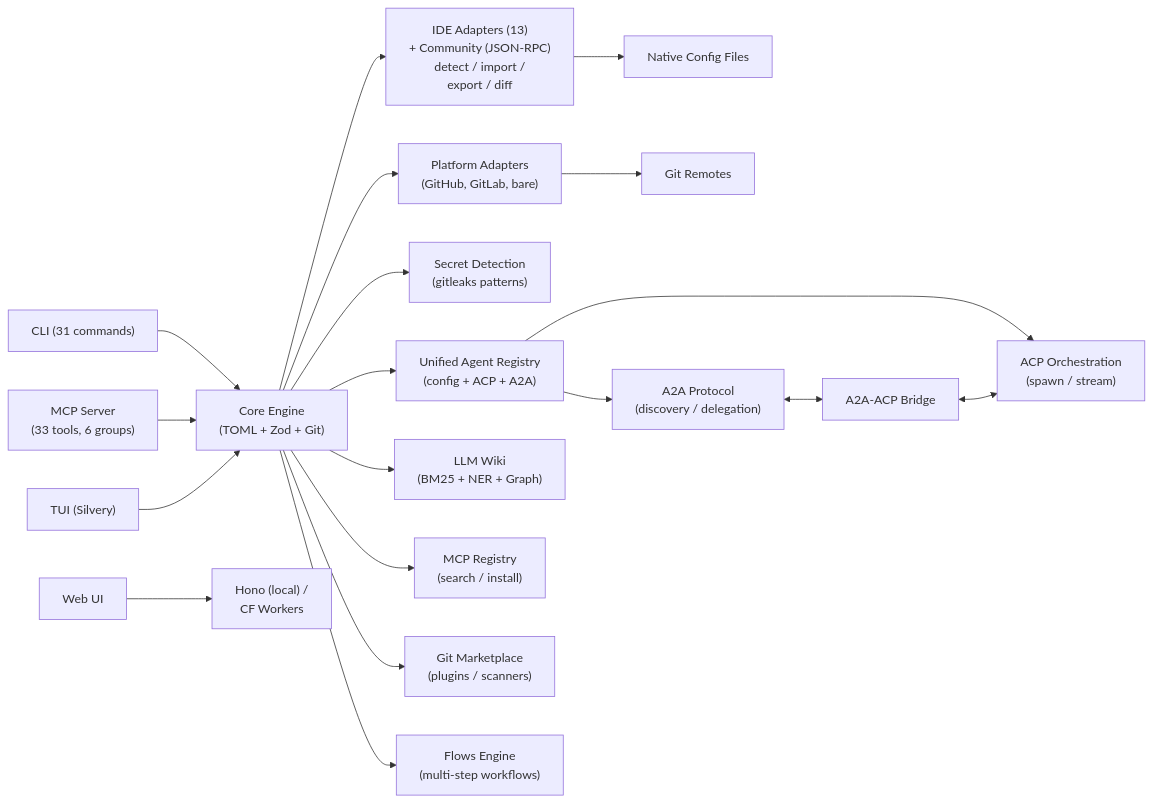
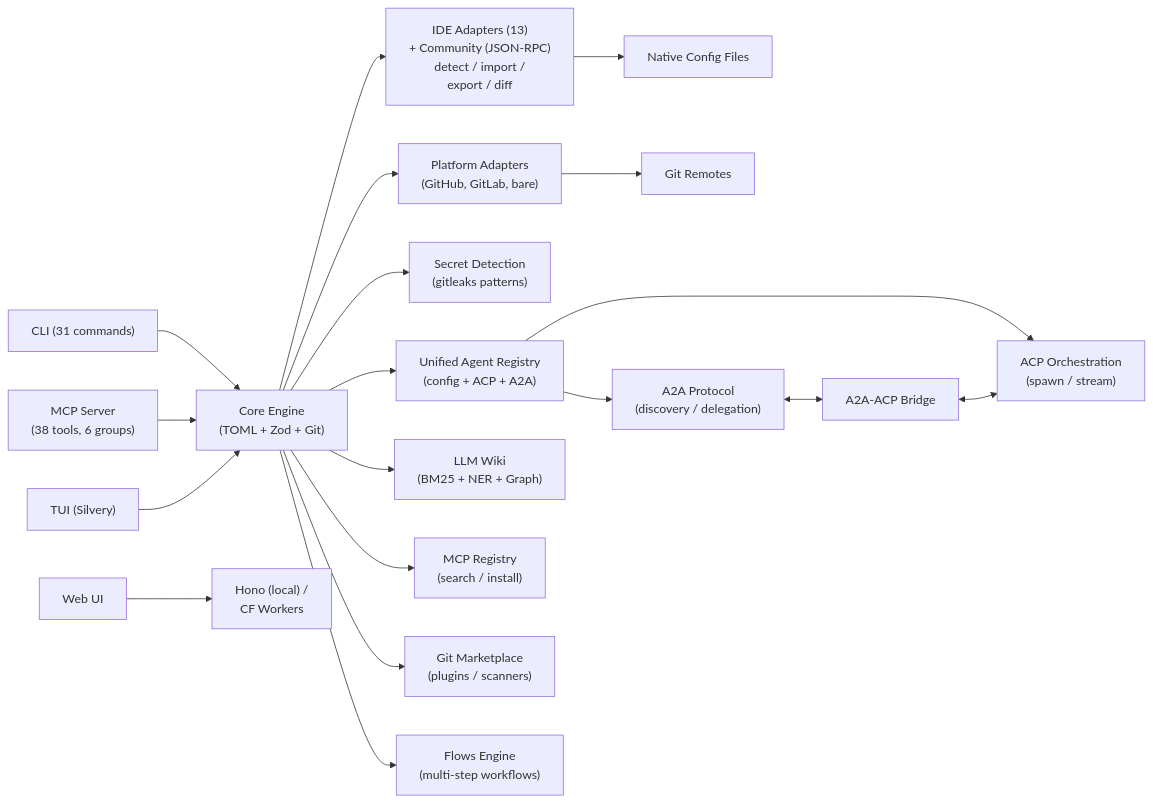
One commit to Codeseys-Labs/agent-manager changed the diagram in README.md. Above: the diagram before and after it, drawn with Mermaid. The commit also changed other lines of this file and 1 other file, not shown here.

````diff
--- a/README.md
+++ b/README.md
@@ -798,24 +798,24 @@
 ```mermaid
 graph LR
     CLI["CLI (31 commands)"] --> Core["Core Engine<br/>(TOML + Zod + Git)"]
-    MCP["MCP Server<br/>(33 tools, 6 groups)"] --> Core
+    MCP["MCP Server<br/>(38 tools, 6 groups)"] --> Core
     TUI["TUI (Silvery)"] --> Core
     Web["Web UI"] --> Hono["Hono (local) /<br/>CF Workers"]
 
     Core --> Adapters["IDE Adapters (13)<br/>+ Community (JSON-RPC)<br/>detect / import /<br/>export / diff"]
     Core --> Platform["Platform Adapters<br/>(GitHub, GitLab, bare)"]
     Core --> Secrets["Secret Detection<br/>(gitleaks patterns)"]
     Core --> AgentReg["Unified Agent Registry<br/>(config + ACP + A2A)"]
 
     Adapters --> Native["Native Config Files"]
     Platform --> Remote["Git Remotes"]
 
     Core --> Wiki["LLM Wiki<br/>(BM25 + NER + Graph)"]
     Core --> Registry["MCP Registry<br/>(search / install)"]
     Core --> Marketplace["Git Marketplace<br/>(plugins / scanners)"]
     Core --> Flows["Flows Engine<br/>(multi-step workflows)"]
 
     AgentReg --> A2A["A2A Protocol<br/>(discovery / delegation)"]
     AgentReg --> ACP["ACP Orchestration<br/>(spawn / stream)"]
     A2A <--> Bridge["A2A-ACP Bridge"] <--> ACP
 ```
````
